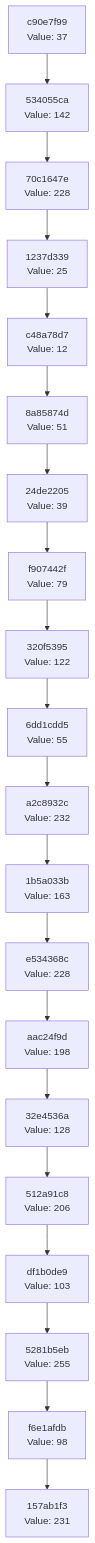
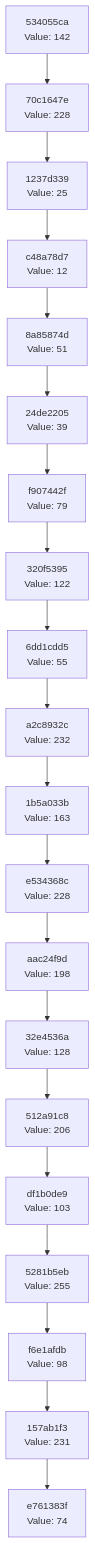
One commit to Abhisheksinha1506/hash-chain-evolver changed the diagram in docs/CHAIN_VISUALIZATION.md. Above: the diagram before and after it, drawn with Mermaid. The commit also changed 3 other files, not shown here.

````diff
--- a/docs/CHAIN_VISUALIZATION.md
+++ b/docs/CHAIN_VISUALIZATION.md
@@ -3,42 +3,42 @@
 ```mermaid
 graph TD
-    C0["157ab1f3<br/>Value: 231"]
-    C1["f6e1afdb<br/>Value: 98"]
+    C0["e761383f<br/>Value: 74"]
+    C1["157ab1f3<br/>Value: 231"]
     C1 --> C0
-    C2["5281b5eb<br/>Value: 255"]
+    C2["f6e1afdb<br/>Value: 98"]
     C2 --> C1
-    C3["df1b0de9<br/>Value: 103"]
+    C3["5281b5eb<br/>Value: 255"]
     C3 --> C2
-    C4["512a91c8<br/>Value: 206"]
+    C4["df1b0de9<br/>Value: 103"]
     C4 --> C3
-    C5["32e4536a<br/>Value: 128"]
+    C5["512a91c8<br/>Value: 206"]
     C5 --> C4
-    C6["aac24f9d<br/>Value: 198"]
+    C6["32e4536a<br/>Value: 128"]
     C6 --> C5
-    C7["e534368c<br/>Value: 228"]
+    C7["aac24f9d<br/>Value: 198"]
     C7 --> C6
-    C8["1b5a033b<br/>Value: 163"]
+    C8["e534368c<br/>Value: 228"]
     C8 --> C7
-    C9["a2c8932c<br/>Value: 232"]
+    C9["1b5a033b<br/>Value: 163"]
     C9 --> C8
-    C10["6dd1cdd5<br/>Value: 55"]
+    C10["a2c8932c<br/>Value: 232"]
     C10 --> C9
-    C11["320f5395<br/>Value: 122"]
+    C11["6dd1cdd5<br/>Value: 55"]
     C11 --> C10
-    C12["f907442f<br/>Value: 79"]
+    C12["320f5395<br/>Value: 122"]
     C12 --> C11
-    C13["24de2205<br/>Value: 39"]
+    C13["f907442f<br/>Value: 79"]
     C13 --> C12
-    C14["8a85874d<br/>Value: 51"]
+    C14["24de2205<br/>Value: 39"]
     C14 --> C13
-    C15["c48a78d7<br/>Value: 12"]
+    C15["8a85874d<br/>Value: 51"]
     C15 --> C14
-    C16["1237d339<br/>Value: 25"]
+    C16["c48a78d7<br/>Value: 12"]
     C16 --> C15
-    C17["70c1647e<br/>Value: 228"]
+    C17["1237d339<br/>Value: 25"]
     C17 --> C16
-    C18["534055ca<br/>Value: 142"]
+    C18["70c1647e<br/>Value: 228"]
     C18 --> C17
-    C19["c90e7f99<br/>Value: 37"]
+    C19["534055ca<br/>Value: 142"]
     C19 --> C18
 ```
````
